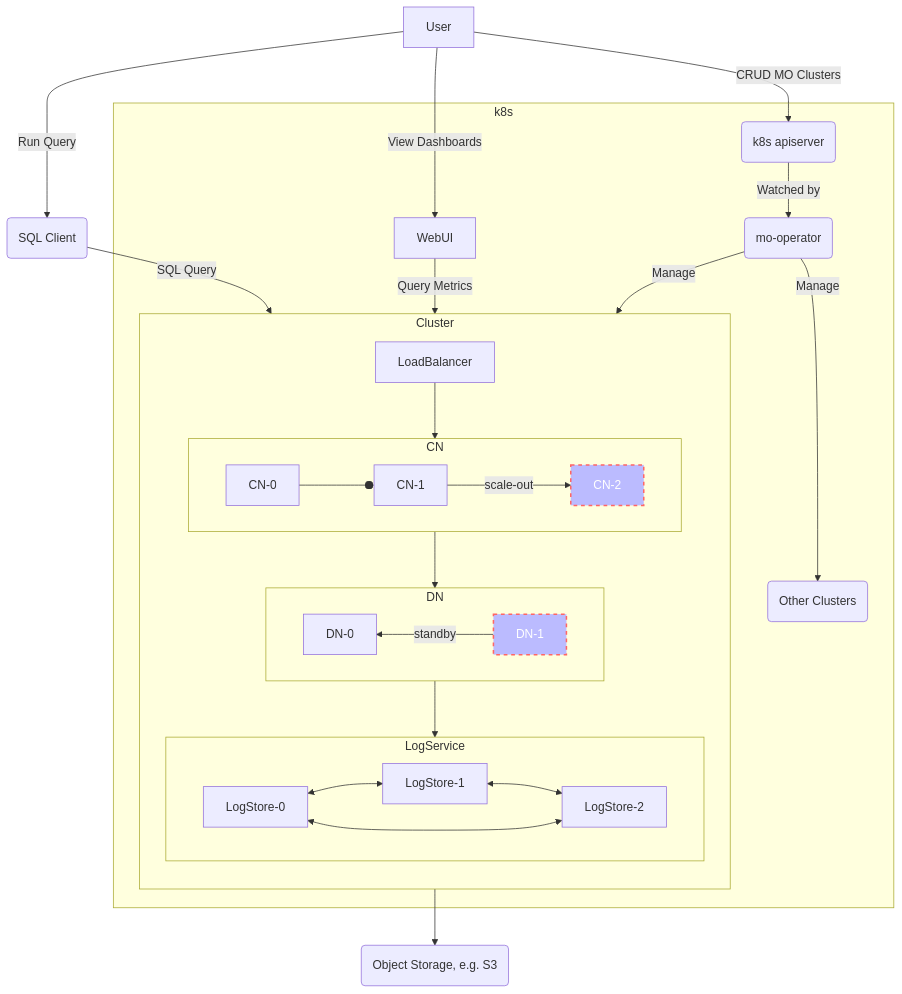
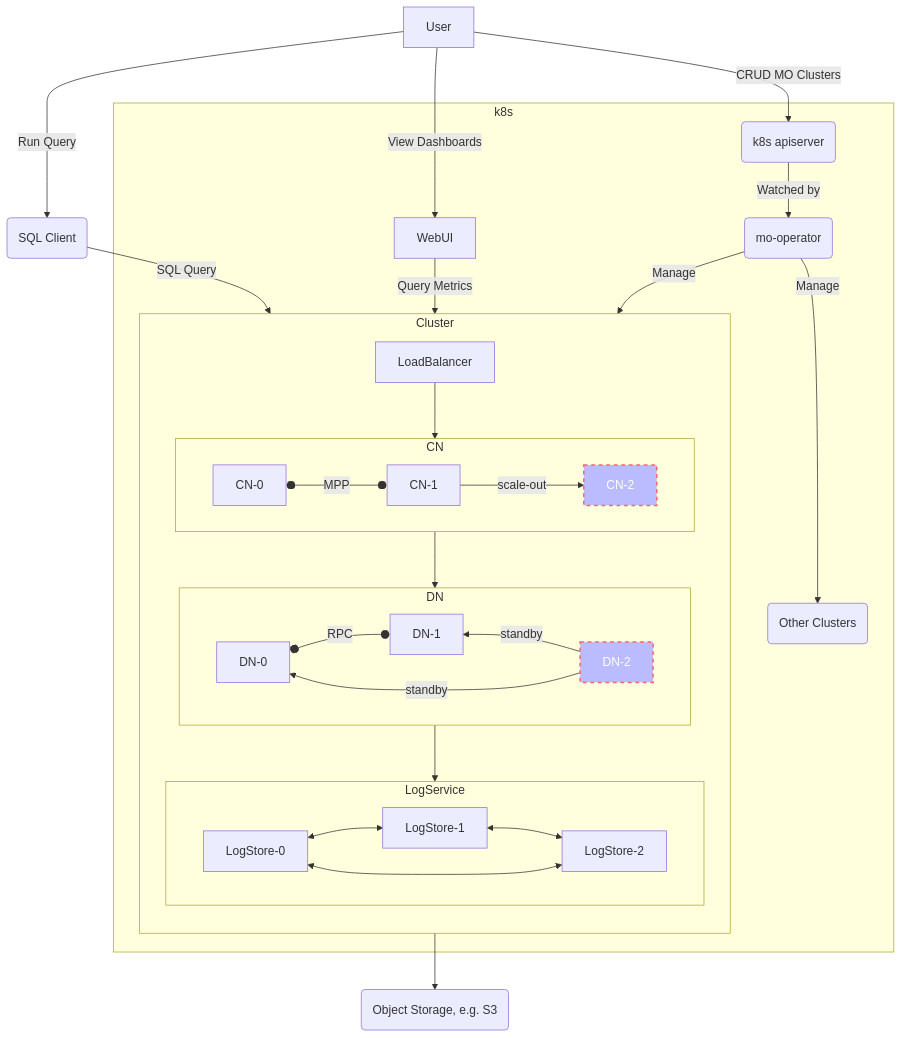
The second of 3 diagrams in docs/rfc/2022-07-05-mo-cluster.md (matrixorigin/matrixone-operator), drawn with Mermaid before and after one commit.

````diff
--- a/docs/rfc/2022-07-05-mo-cluster.md
+++ b/docs/rfc/2022-07-05-mo-cluster.md
@@ -92,35 +92,37 @@
 ```mermaid
 flowchart TD
   subgraph k8s
     subgraph Cluster
     direction TB
     LoadBalancer
     subgraph CN
       direction LR
-      CN-0 --o CN-1
+      CN-0 o--o|MPP| CN-1
       CN-1 --> |scale-out| CN-2
       style CN-2 fill:#bbf,stroke:#f66,stroke-width:2px,color:#fff,stroke-dasharray: 5 5
     end
     subgraph DN
       direction RL
-      DN-1 --> |standby| DN-0
-      style DN-1 fill:#bbf,stroke:#f66,stroke-width:2px,color:#fff,stroke-dasharray: 5 5
+      DN-1 o--o |RPC| DN-0
+						DN-2 --> |standby| DN-0
+						DN-2 --> |standby| DN-1
+      style DN-2 fill:#bbf,stroke:#f66,stroke-width:2px,color:#fff,stroke-dasharray: 5 5
     end
     subgraph LogService
       direction LR
       LogStore-0 <--> LogStore-1
       LogStore-1 <--> LogStore-2
       LogStore-2 <--> LogStore-0
     end
     end
       WebUI --> |Query Metrics| Cluster
       API(k8s apiserver) --> |Watched by| OP
       OP(mo-operator) --> |Manage| Cluster
       OP --> |Manage| cc(Other Clusters)
   end
   User --> |Run Query| Client
   User --> |View Dashboards| WebUI
   User --> |CRUD MO Clusters| API
   Client(SQL Client) -->|SQL Query| LoadBalancer --> CN --> DN --> LogService
   Cluster --> OS(Object Storage, e.g. S3)
 ```
````
